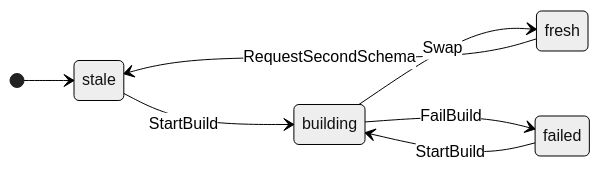
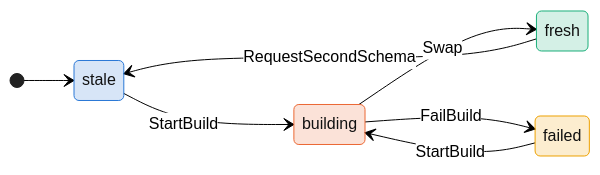
The first of 2 diagrams in zig/specs/tla/diagrams/storage/db/AntflyIndexLifecycle.md (antflydb/antfly), drawn with Mermaid (neutral theme) before and after one commit. The commit also changed 27 other files, not shown here.

````diff
--- a/zig/specs/tla/diagrams/storage/db/AntflyIndexLifecycle.md
+++ b/zig/specs/tla/diagrams/storage/db/AntflyIndexLifecycle.md
@@ -13,10 +13,18 @@
 ```mermaid
 stateDiagram-v2
     direction LR
     [*] --> stale
     failed --> building : StartBuild
     stale --> building : StartBuild
     building --> fresh : Swap
     building --> failed : FailBuild
     fresh --> stale : RequestSecondSchema
+    classDef c_stale fill:#2a78d630,stroke:#2a78d6
+    class stale c_stale
+    classDef c_building fill:#eb683430,stroke:#eb6834
+    class building c_building
+    classDef c_fresh fill:#1baf7a30,stroke:#1baf7a
+    class fresh c_fresh
+    classDef c_failed fill:#eda10030,stroke:#eda100
+    class failed c_failed
 ```
````
